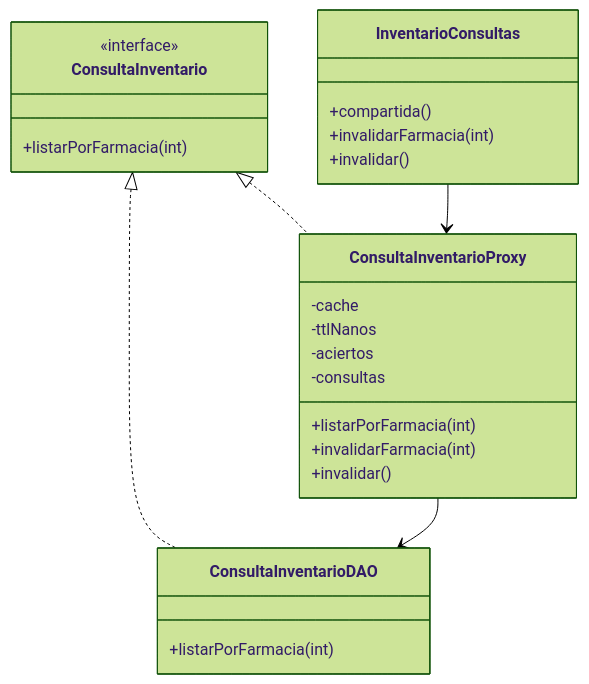
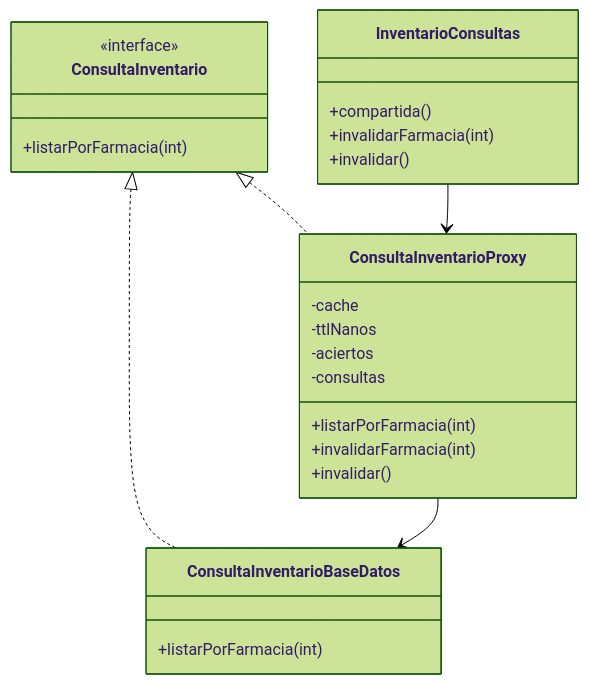
The diagram in docs/HU-97-Proxy-714/DocumentacionProxy.md (puj-course/FIS_2630_1204_G1), drawn with Mermaid (forest theme) before and after one commit. The commit also changed other lines of this file and 121 other files, not shown here.

````diff
--- a/docs/HU-97-Proxy-714/DocumentacionProxy.md
+++ b/docs/HU-97-Proxy-714/DocumentacionProxy.md
@@ -117,32 +117,32 @@
 ```mermaid
 classDiagram
     class ConsultaInventario {
         <<interface>>
         +listarPorFarmacia(int)
     }
 
     class ConsultaInventarioProxy {
         -cache
         -ttlNanos
         -aciertos
         -consultas
         +listarPorFarmacia(int)
         +invalidarFarmacia(int)
         +invalidar()
     }
 
-    class ConsultaInventarioDAO {
+    class ConsultaInventarioBaseDatos {
         +listarPorFarmacia(int)
     }
 
     class InventarioConsultas {
         +compartida()
         +invalidarFarmacia(int)
         +invalidar()
     }
 
     ConsultaInventario <|.. ConsultaInventarioProxy
-    ConsultaInventario <|.. ConsultaInventarioDAO
+    ConsultaInventario <|.. ConsultaInventarioBaseDatos
     InventarioConsultas --> ConsultaInventarioProxy
-    ConsultaInventarioProxy --> ConsultaInventarioDAO
+    ConsultaInventarioProxy --> ConsultaInventarioBaseDatos
 ```
````
